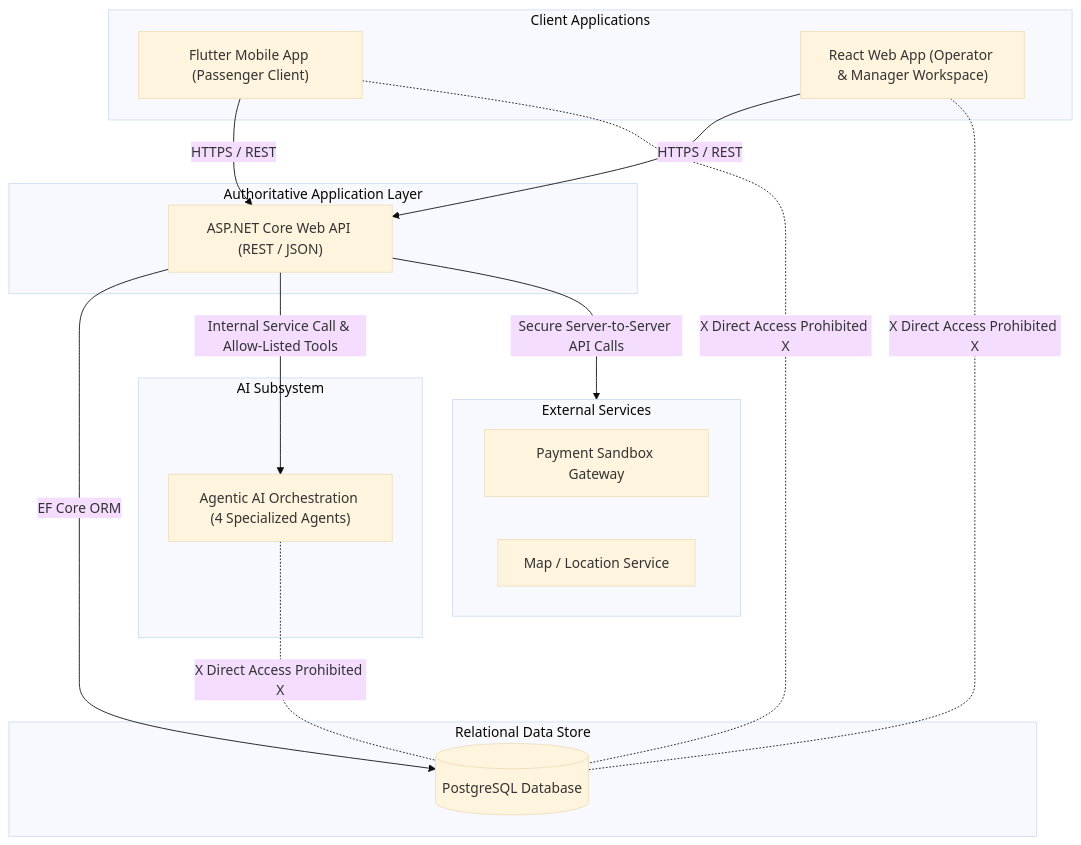
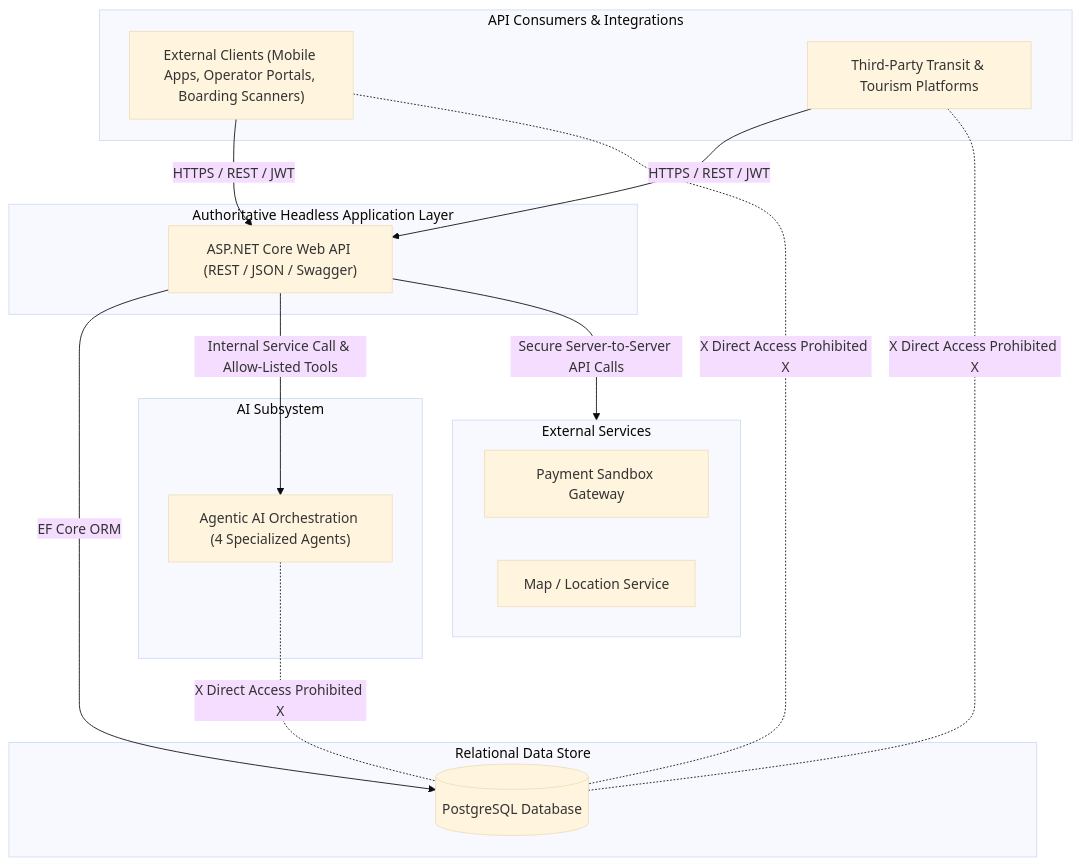
The diagram in docs/architecture/diagrams/01-high-level-architecture.mermaid (NuhadhMohomed/WayPoint), drawn with Mermaid (base theme) before and after one commit. The commit also changed 266 other files, not shown here.

```diff
--- a/docs/architecture/diagrams/01-high-level-architecture.mermaid
+++ b/docs/architecture/diagrams/01-high-level-architecture.mermaid
@@ -1,33 +1,33 @@
 graph TD
-    subgraph Clients["Client Applications"]
-        Flutter["Flutter Mobile App (Passenger Client)"]
-        React["React Web App (Operator & Manager Workspace)"]
+    subgraph Consumers["API Consumers & Integrations"]
+        ExtClients["External Clients (Mobile Apps, Operator Portals, Boarding Scanners)"]
+        PartnerAPIs["Third-Party Transit & Tourism Platforms"]
     end
 
-    subgraph Backend["Authoritative Application Layer"]
-        API["ASP.NET Core Web API (REST / JSON)"]
+    subgraph Backend["Authoritative Headless Application Layer"]
+        API["ASP.NET Core Web API (REST / JSON / Swagger)"]
     end
 
     subgraph Storage["Relational Data Store"]
         Postgres[(PostgreSQL Database)]
     end
 
     subgraph AI["AI Subsystem"]
         Orchestration["Agentic AI Orchestration (4 Specialized Agents)"]
     end
 
     subgraph External["External Services"]
         Payment["Payment Sandbox Gateway"]
         Maps["Map / Location Service"]
     end
 
-    Flutter -->|HTTPS / REST| API
-    React -->|HTTPS / REST| API
+    ExtClients -->|HTTPS / REST / JWT| API
+    PartnerAPIs -->|HTTPS / REST / JWT| API
     API -->|EF Core ORM| Postgres
     API -->|Internal Service Call & Allow-Listed Tools| Orchestration
     API -->|Secure Server-to-Server API Calls| External
 
     %% Boundary Violations (Prohibited Connections)
-    Flutter -. X Direct Access Prohibited X .- Postgres
-    React -. X Direct Access Prohibited X .- Postgres
+    ExtClients -. X Direct Access Prohibited X .- Postgres
+    PartnerAPIs -. X Direct Access Prohibited X .- Postgres
     Orchestration -. X Direct Access Prohibited X .- Postgres
```
